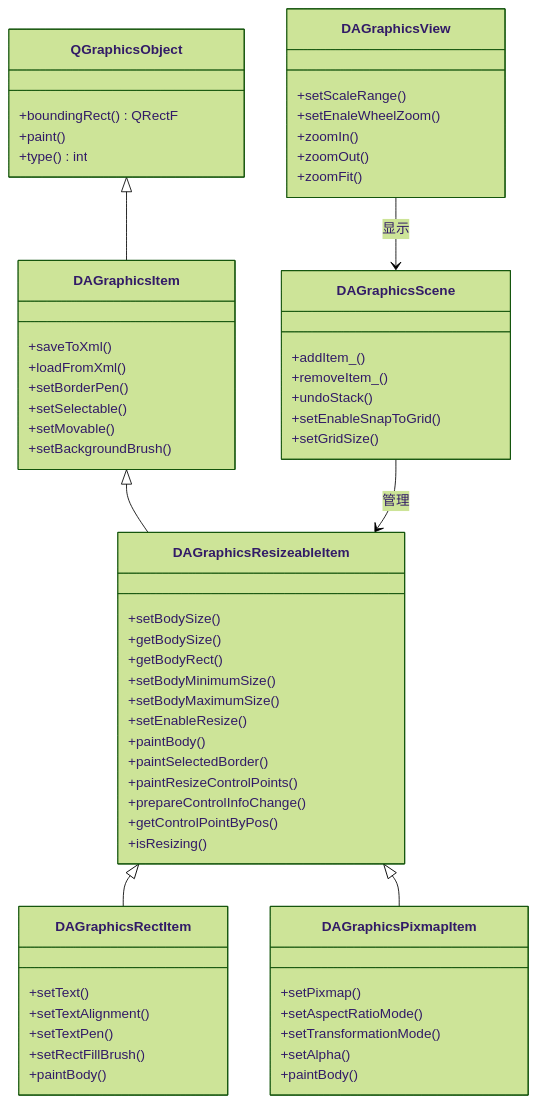
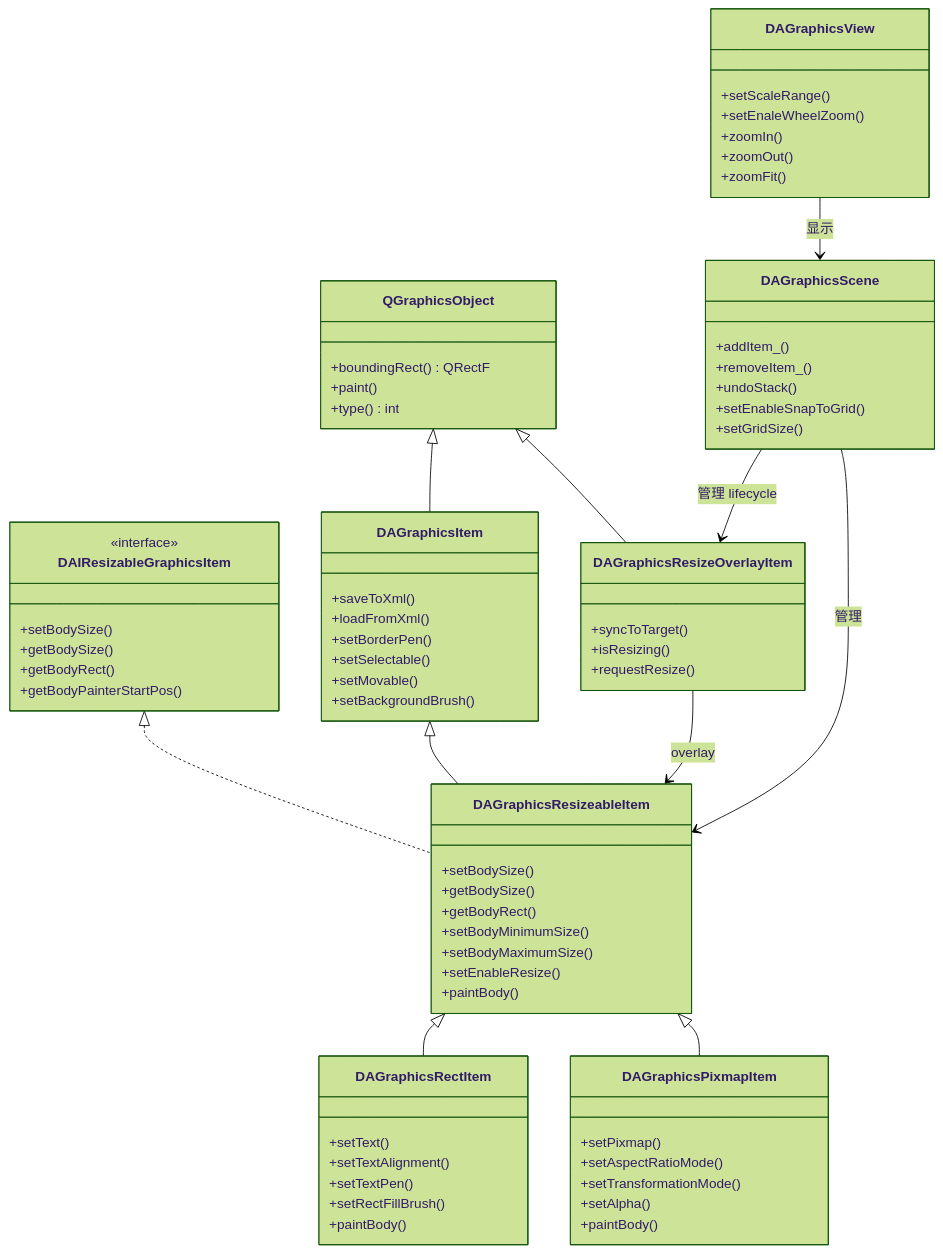
The first of 4 diagrams in docs/zh/dev-guide/scalable-graphic-module.md (czyt1988/data-workbench), drawn with Mermaid (forest theme) before and after one commit. The commit also changed other lines of this file and 2 other files, not shown here.

First line of the commit message:
refactor(overlay): plan-05 - 子类适配和文档更新

````diff
--- a/docs/zh/dev-guide/scalable-graphic-module.md
+++ b/docs/zh/dev-guide/scalable-graphic-module.md
@@ -26,7 +27,15 @@
         +paint()
         +type() int
     }
-    
+
+    class DAIResizableGraphicsItem {
+        <<interface>>
+        +setBodySize()
+        +getBodySize()
+        +getBodyRect()
+        +getBodyPainterStartPos()
+    }
+
     class DAGraphicsItem {
         +saveToXml()
         +loadFromXml()
@@ -35,7 +44,7 @@
         +setMovable()
         +setBackgroundBrush()
     }
-    
+
     class DAGraphicsResizeableItem {
         +setBodySize()
         +getBodySize()
@@ -44,13 +53,14 @@
         +setBodyMaximumSize()
         +setEnableResize()
         +paintBody()
-        +paintSelectedBorder()
-        +paintResizeControlPoints()
-        +prepareControlInfoChange()
-        +getControlPointByPos()
+    }
+
+    class DAGraphicsResizeOverlayItem {
+        +syncToTarget()
         +isResizing()
+        +requestResize()
     }
-    
+
     class DAGraphicsRectItem {
         +setText()
         +setTextAlignment()
@@ -58,7 +68,7 @@
         +setRectFillBrush()
         +paintBody()
     }
-    
+
     class DAGraphicsPixmapItem {
         +setPixmap()
         +setAspectRatioMode()
@@ -66,7 +76,7 @@
         +setAlpha()
         +paintBody()
     }
-    
+
     class DAGraphicsScene {
         +addItem_()
         +removeItem_()
@@ -74,7 +84,7 @@
         +setEnableSnapToGrid()
         +setGridSize()
     }
-    
+
     class DAGraphicsView {
         +setScaleRange()
         +setEnaleWheelZoom()
@@ -82,11 +92,15 @@
         +zoomOut()
         +zoomFit()
     }
-    
+
     QGraphicsObject <|-- DAGraphicsItem
+    DAIResizableGraphicsItem <|.. DAGraphicsResizeableItem
     DAGraphicsItem <|-- DAGraphicsResizeableItem
     DAGraphicsResizeableItem <|-- DAGraphicsRectItem
     DAGraphicsResizeableItem <|-- DAGraphicsPixmapItem
+    QGraphicsObject <|-- DAGraphicsResizeOverlayItem
+    DAGraphicsResizeOverlayItem --> DAGraphicsResizeableItem : overlay
+    DAGraphicsScene --> DAGraphicsResizeOverlayItem : 管理 lifecycle
     DAGraphicsScene --> DAGraphicsResizeableItem : 管理
     DAGraphicsView --> DAGraphicsScene : 显示
 ```
````
